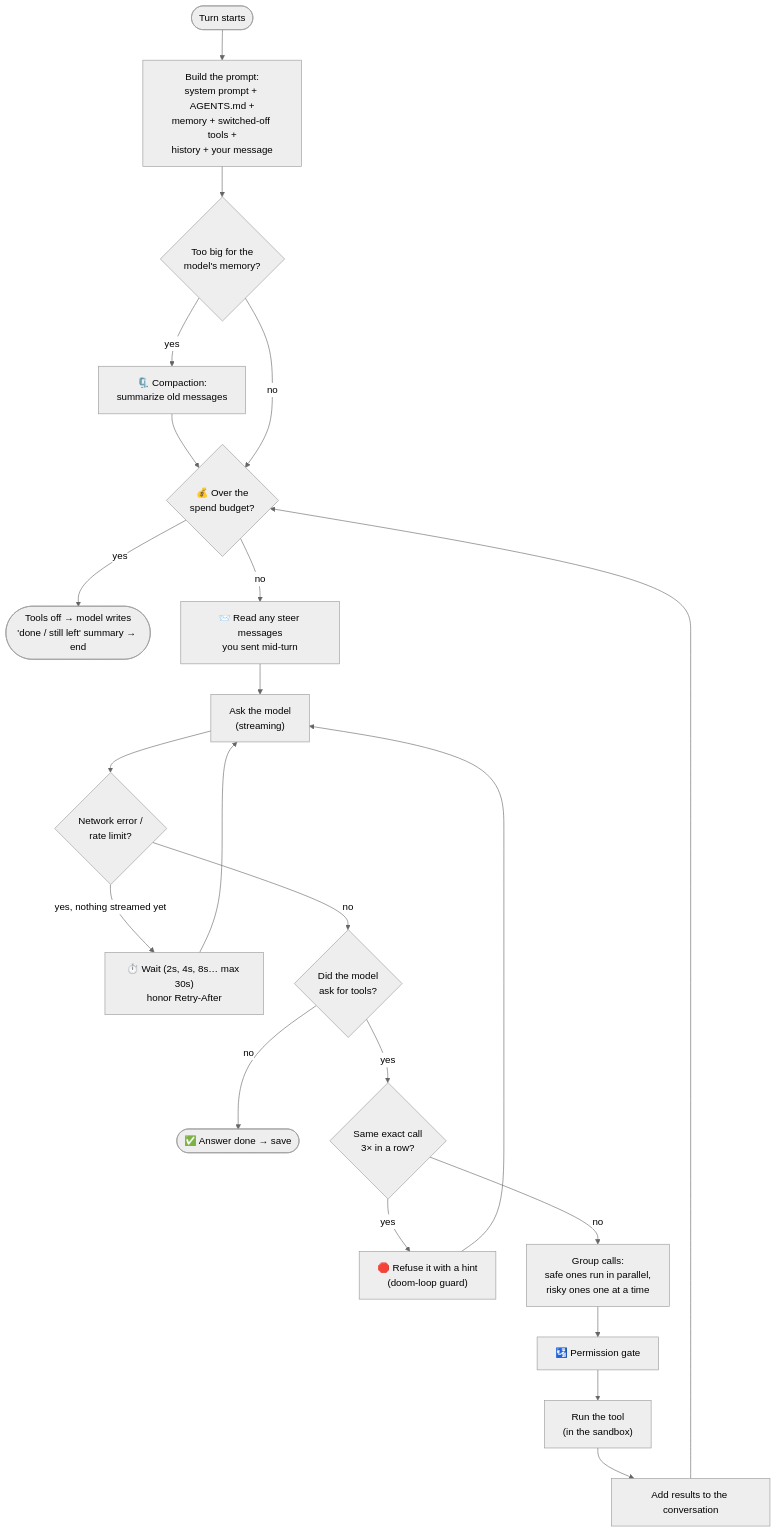
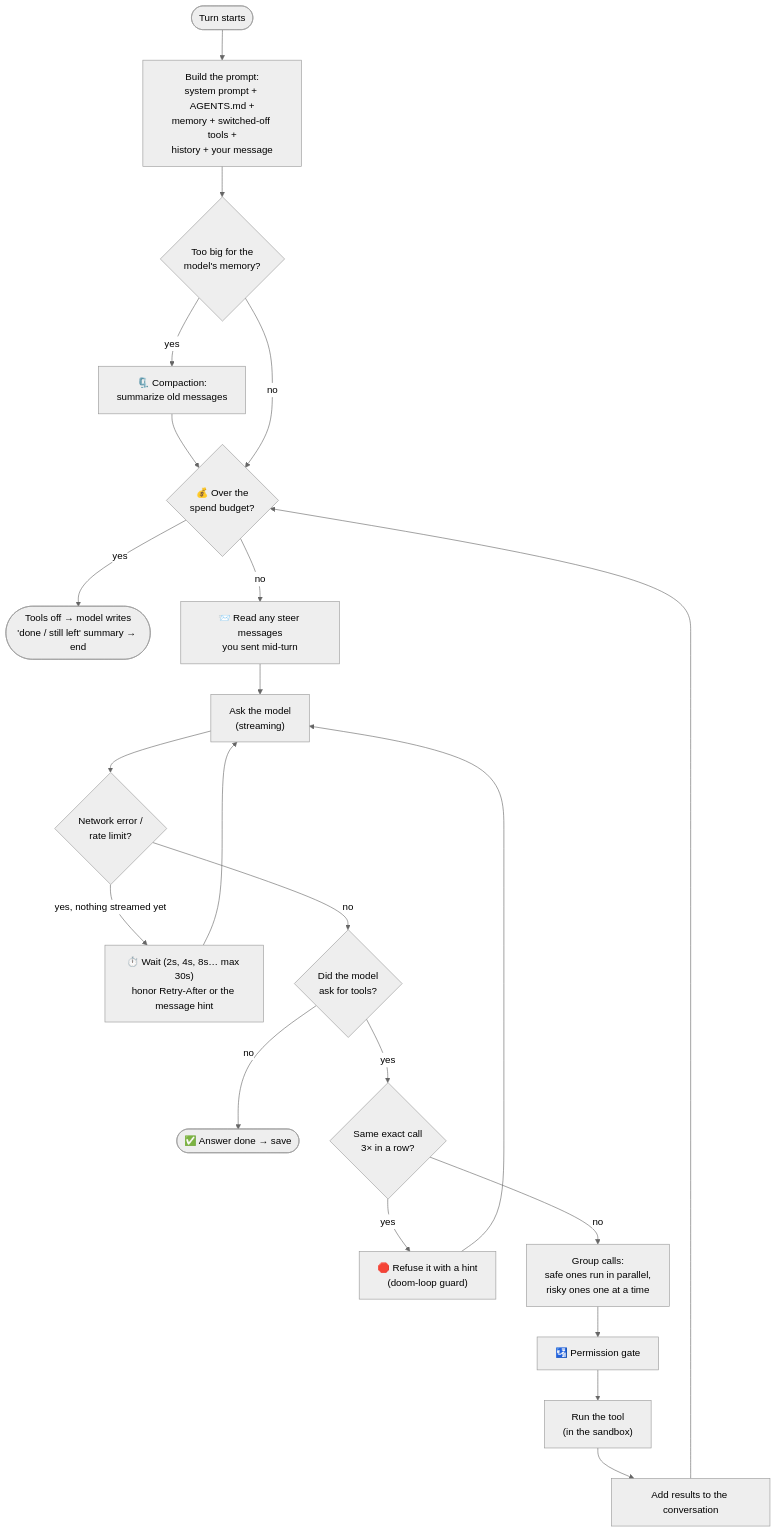
Before and after one commit to Ady-JK/paladin: the fifth of 18 diagrams in HOW-IT-WORKS.md, drawn with Mermaid (neutral theme). The commit also changed other lines of this file and 8 other files, not shown here.

Commit message:
fix(inference): honor wait hints in 429 error messages (0.8.60)

````diff
--- a/HOW-IT-WORKS.md
+++ b/HOW-IT-WORKS.md
@@ -210,19 +210,19 @@
 ```mermaid
 flowchart TD
     Start(["Turn starts"]) --> Build["Build the prompt:<br/>system prompt + AGENTS.md +<br/>memory + switched-off tools +<br/>history + your message"]
     Build --> Big{"Too big for the<br/>model's memory?"}
     Big -- yes --> Compact["🗜️ Compaction:<br/>summarize old messages"] --> Budget
     Big -- no --> Budget{"💰 Over the<br/>spend budget?"}
     Budget -- "yes" --> WrapUp(["Tools off → model writes<br/>'done / still left' summary → end"])
     Budget -- no --> Steer["📨 Read any steer messages<br/>you sent mid-turn"] --> Round["Ask the model<br/>(streaming)"]
     Round --> Fail{"Network error /<br/>rate limit?"}
-    Fail -- "yes, nothing streamed yet" --> Retry["⏱️ Wait (2s, 4s, 8s… max 30s)<br/>honor Retry-After"] --> Round
+    Fail -- "yes, nothing streamed yet" --> Retry["⏱️ Wait (2s, 4s, 8s… max 30s)<br/>honor Retry-After or the message hint"] --> Round
     Fail -- no --> Calls{"Did the model<br/>ask for tools?"}
     Calls -- no --> Done(["✅ Answer done → save"])
     Calls -- yes --> Doom{"Same exact call<br/>3× in a row?"}
     Doom -- yes --> Refuse["🛑 Refuse it with a hint<br/>(doom-loop guard)"] --> Round
     Doom -- no --> Batch["Group calls:<br/>safe ones run in parallel,<br/>risky ones one at a time"]
     Batch --> Gate["🛂 Permission gate"]
     Gate --> Run["Run the tool<br/>(in the sandbox)"]
     Run --> Results["Add results to the conversation"] --> Budget
 ```
````
